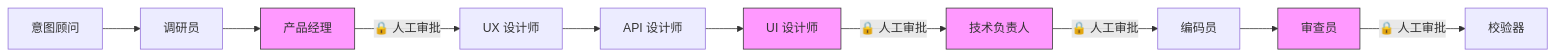
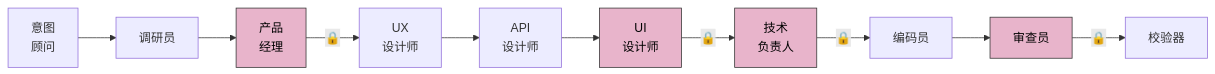
The first of 3 diagrams in README.zh-CN.md (ZB-ur/mosaicat), drawn with Mermaid before and after one commit. The commit also changed other lines of this file and 1 other file, not shown here.

````diff
--- a/README.zh-CN.md
+++ b/README.zh-CN.md
@@ -50,17 +56,17 @@
 ```mermaid
 graph LR
-    IC[意图顾问] --> R[调研员]
-    R --> PO[产品经理]
-    PO -->|🔒 人工审批| UX[UX 设计师]
-    UX --> API[API 设计师]
-    API --> UI[UI 设计师]
-    UI -->|🔒 人工审批| TL[技术负责人]
-    TL -->|🔒 人工审批| C[编码员]
+    IC[意图<br/>顾问] --> R[调研员]
+    R --> PO[产品<br/>经理]
+    PO -->|"🔒"| UX[UX<br/>设计师]
+    UX --> API[API<br/>设计师]
+    API --> UI[UI<br/>设计师]
+    UI -->|"🔒"| TL[技术<br/>负责人]
+    TL -->|"🔒"| C[编码员]
     C --> RV[审查员]
-    RV -->|🔒 人工审批| V[校验器]
+    RV -->|"🔒"| V[校验器]
 
-    style PO fill:#f9f,stroke:#333
-    style UI fill:#f9f,stroke:#333
-    style TL fill:#f9f,stroke:#333
-    style RV fill:#f9f,stroke:#333
+    style PO fill:#e8b4cb,stroke:#333,color:#000
+    style UI fill:#e8b4cb,stroke:#333,color:#000
+    style TL fill:#e8b4cb,stroke:#333,color:#000
+    style RV fill:#e8b4cb,stroke:#333,color:#000
 ```
````
